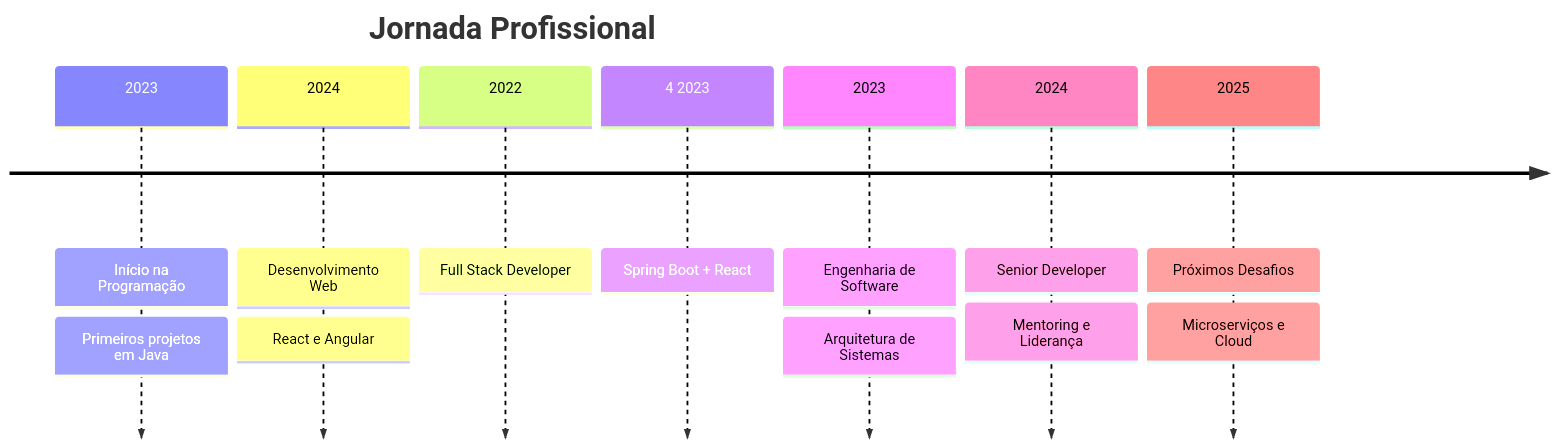
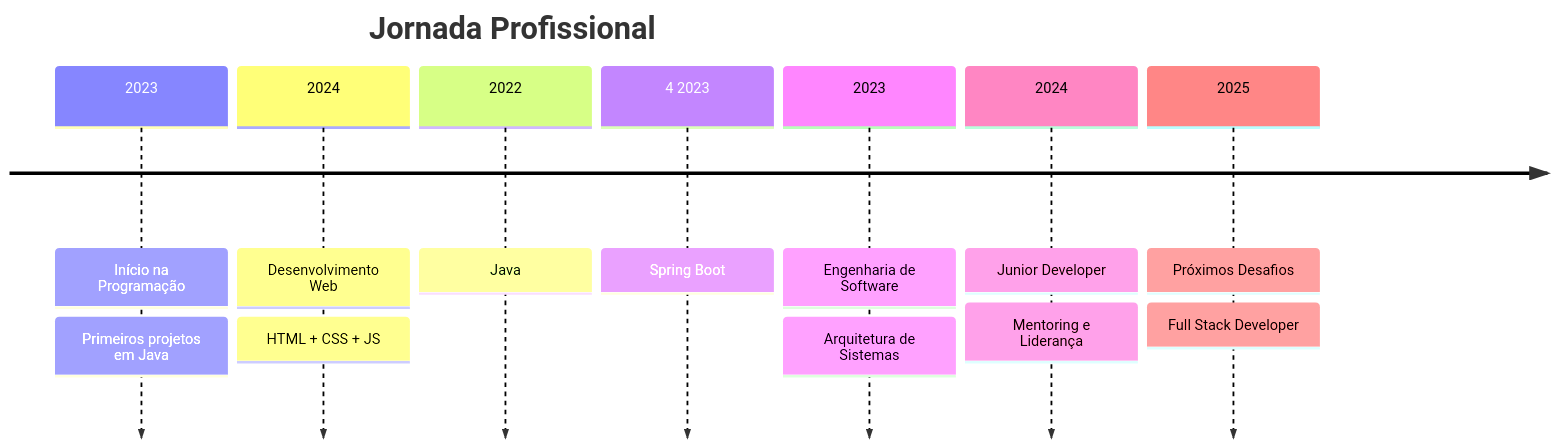
Before and after one commit to M4uroL/M4uroL: the diagram in README.md, drawn with Mermaid. The commit also changed other lines of this file, not shown here.

````diff
--- a/README.md
+++ b/README.md
@@ -214,16 +214,16 @@
 ```mermaid
 timeline
     title Jornada Profissional
     2023 : Início na Programação
          : Primeiros projetos em Java
     2024 : Desenvolvimento Web
-         : React e Angular
-    2022 : Full Stack Developer
-  4 2023 : Spring Boot + React
+         : HTML + CSS + JS
+    2022 : Java
+  4 2023 : Spring Boot
     2023 : Engenharia de Software
          : Arquitetura de Sistemas
-    2024 : Senior Developer
+    2024 : Junior Developer
          : Mentoring e Liderança
     2025 : Próximos Desafios
-         : Microserviços e Cloud
+         : Full Stack Developer 
 ```
````
